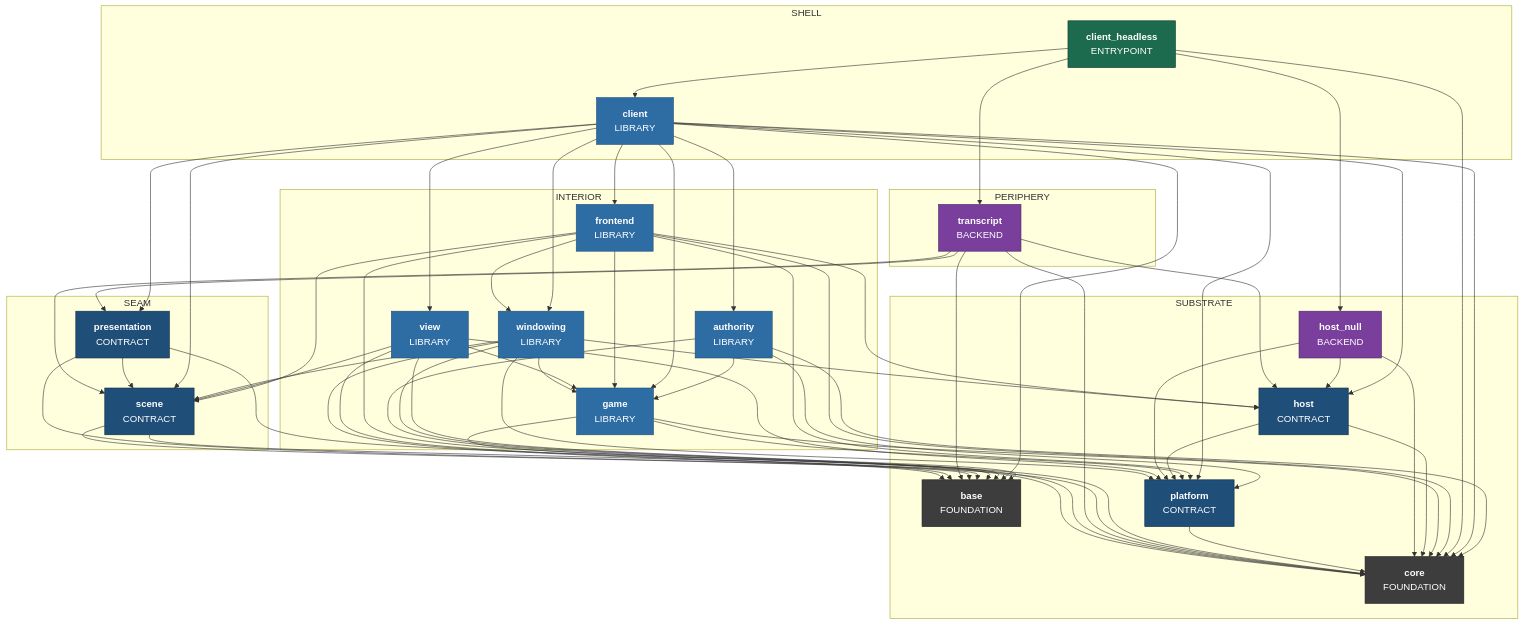
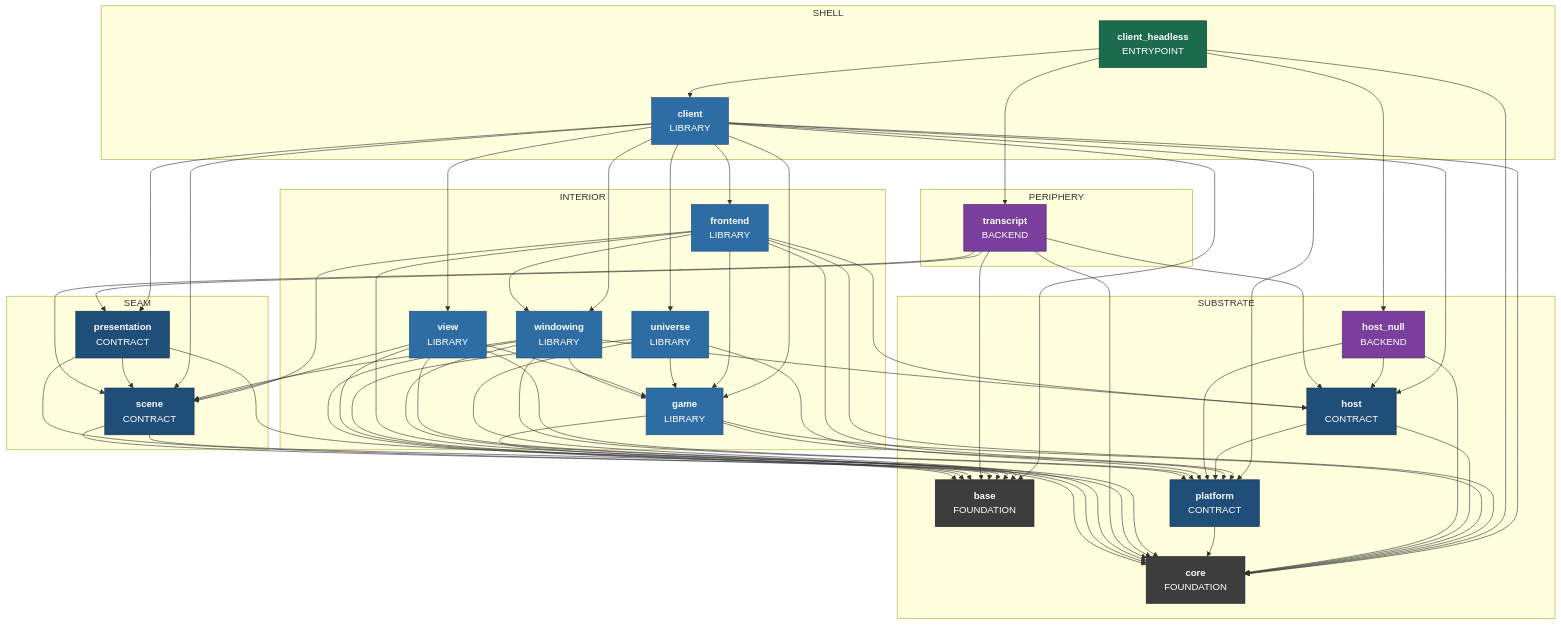
The third of 7 diagrams in docs/superpowers/specs/2026-08-01-sovereign-headless-client-design.md (apnex/OpenStarbound), drawn with Mermaid before and after one commit. The commit also changed other lines of this file and 1 other file, not shown here.

First line of the commit message:
docs(spec): `authority` -> `universe`, because World means one planet here

````diff
--- a/docs/superpowers/specs/2026-08-01-sovereign-headless-client-design.md
+++ b/docs/superpowers/specs/2026-08-01-sovereign-headless-client-design.md
@@ -833,9 +840,9 @@
     scene["<b>scene</b><br/>CONTRACT"]
   end
   subgraph Z_INTERIOR ["INTERIOR"]
-    authority["<b>authority</b><br/>LIBRARY"]
     frontend["<b>frontend</b><br/>LIBRARY"]
     game["<b>game</b><br/>LIBRARY"]
+    universe["<b>universe</b><br/>LIBRARY"]
     view["<b>view</b><br/>LIBRARY"]
     windowing["<b>windowing</b><br/>LIBRARY"]
   end
@@ -846,11 +853,6 @@
     client["<b>client</b><br/>LIBRARY"]
     client_headless["<b>client_headless</b><br/>ENTRYPOINT"]
   end
-  authority --> base
-  authority --> core
-  authority --> game
-  authority --> platform
-  client --> authority
   client --> base
   client --> core
   client --> frontend
@@ -859,6 +861,7 @@
   client --> platform
   client --> presentation
   client --> scene
+  client --> universe
   client --> view
   client --> windowing
   client_headless --> client
@@ -891,6 +894,10 @@
   transcript --> host
   transcript --> presentation
   transcript --> scene
+  universe --> base
+  universe --> core
+  universe --> game
+  universe --> platform
   view --> base
   view --> core
   view --> game
@@ -910,6 +917,6 @@
   class base,core kFoundation
   class host,platform,presentation,scene kContract
   class host_null,transcript kBackend
-  class authority,client,frontend,game,view,windowing kLibrary
+  class client,frontend,game,universe,view,windowing kLibrary
   class client_headless kEntrypoint
 ```
````
